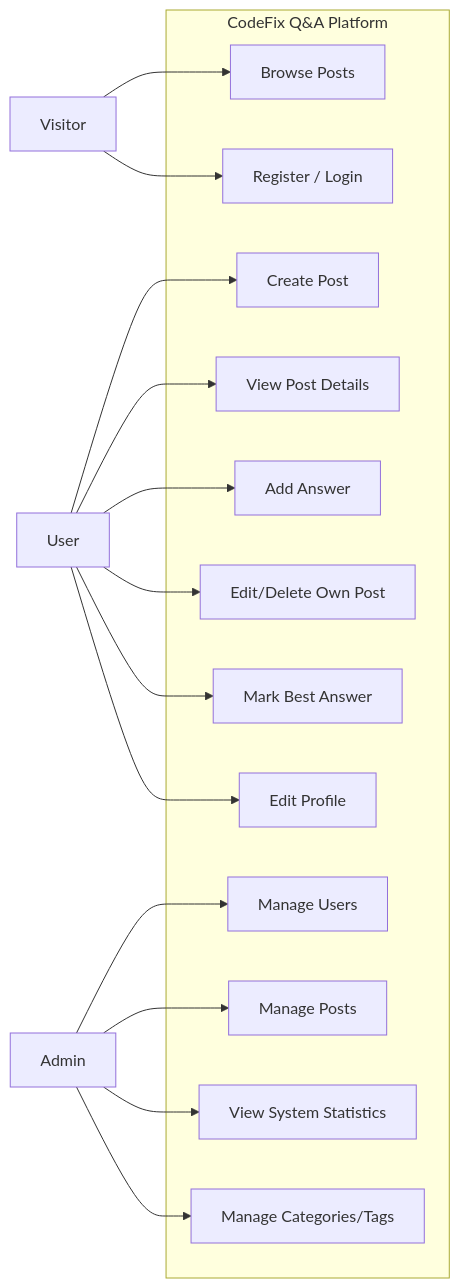
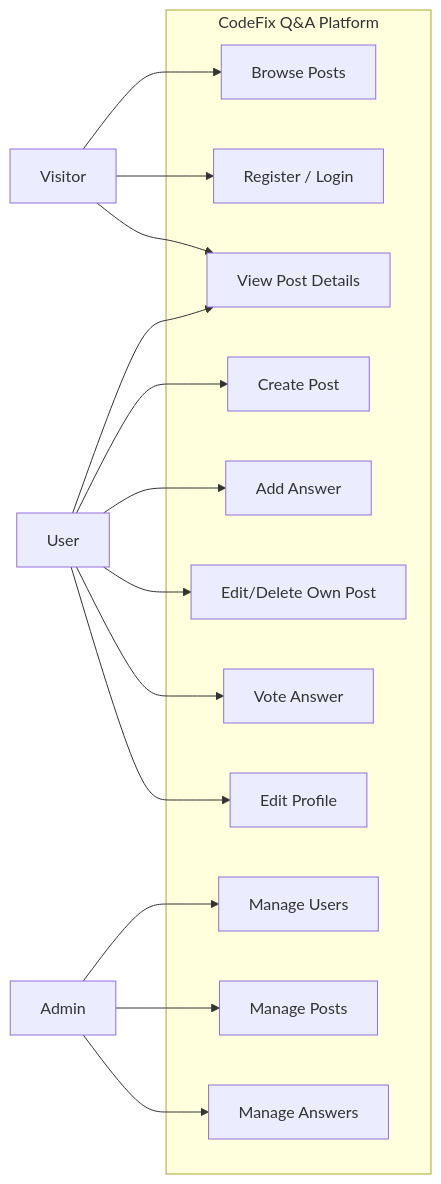
Before and after one commit to ashty-hamid/CodeFix: the diagram in README.md, drawn with Mermaid.

Commit message:
Update user interactions in README diagram

````diff
--- a/README.md
+++ b/README.md
@@ -297,41 +297,41 @@
 ```mermaid
 
 flowchart LR
 Visitor[Visitor]
 User[User]
 Admin[Admin]
 
     subgraph "CodeFix Q&A Platform"
         UC1[Browse Posts]
         UC2[Register / Login]
+        
+        UC4[View Post Details]
         UC3[Create Post]
-        UC4[View Post Details]
         UC5[Add Answer]
         UC6[Edit/Delete Own Post]
-        UC7[Mark Best Answer]
+        UC7[Vote Answer]
         UC8[Edit Profile]
         UC9[Manage Users]
         UC10[Manage Posts]
-        UC11[View System Statistics]
-        UC12[Manage Categories/Tags]
+        UC12[Manage Answers]
     end
 
     %% Visitor interactions
     Visitor --> UC1
+    Visitor --> UC4
     Visitor --> UC2
 
     %% User interactions
+    User --> UC4
     User --> UC3
-    User --> UC4
     User --> UC5
     User --> UC6
     User --> UC7
     User --> UC8
 
     %% Admin interactions
     Admin --> UC9
     Admin --> UC10
-    Admin --> UC11
     Admin --> UC12
 
 ```
````
